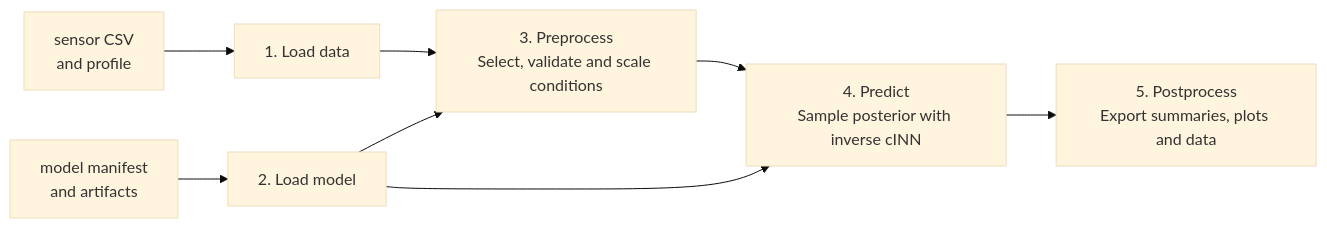
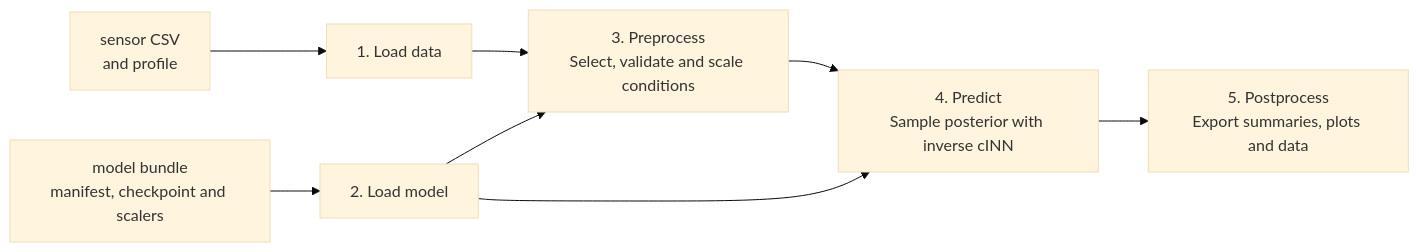
One commit to HW-IT-Solutions/vipr-fuel-cell-plugin changed the diagram in README.md. Above: the diagram before and after it, drawn with Mermaid (base theme). The commit also changed other lines of this file and 13 other files, not shown here.

````diff
--- a/README.md
+++ b/README.md
@@ -72,10 +72,10 @@
 ```mermaid
 flowchart LR
     DATA["sensor CSV<br/>and profile"] --> LOAD_DATA["1. Load data"]
-    MODEL["model manifest<br/>and artifacts"] --> LOAD_MODEL["2. Load model"]
+    MODEL["model bundle<br/>manifest, checkpoint and scalers"] --> LOAD_MODEL["2. Load model"]
     LOAD_DATA --> PREPROCESS["3. Preprocess<br/>Select, validate and scale conditions"]
     LOAD_MODEL --> PREPROCESS
     PREPROCESS --> PREDICT["4. Predict<br/>Sample posterior with inverse cINN"]
     LOAD_MODEL --> PREDICT
     PREDICT --> POSTPROCESS["5. Postprocess<br/>Export summaries, plots and data"]
 ```
````
